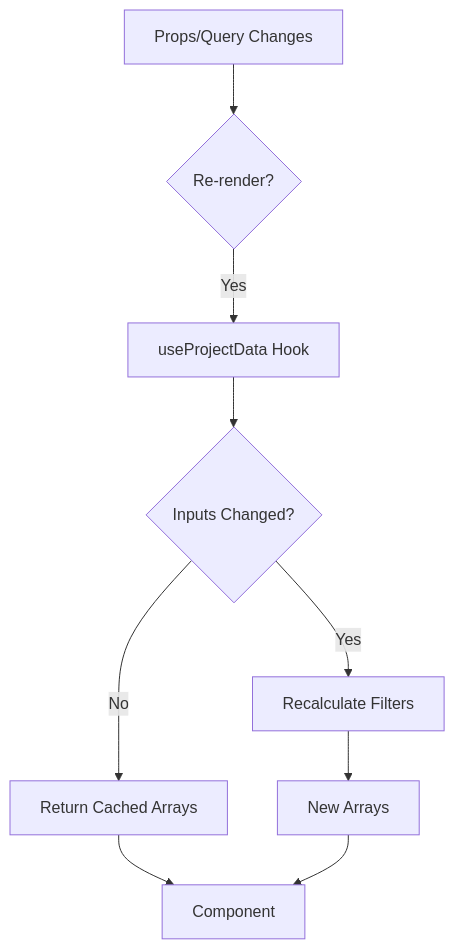
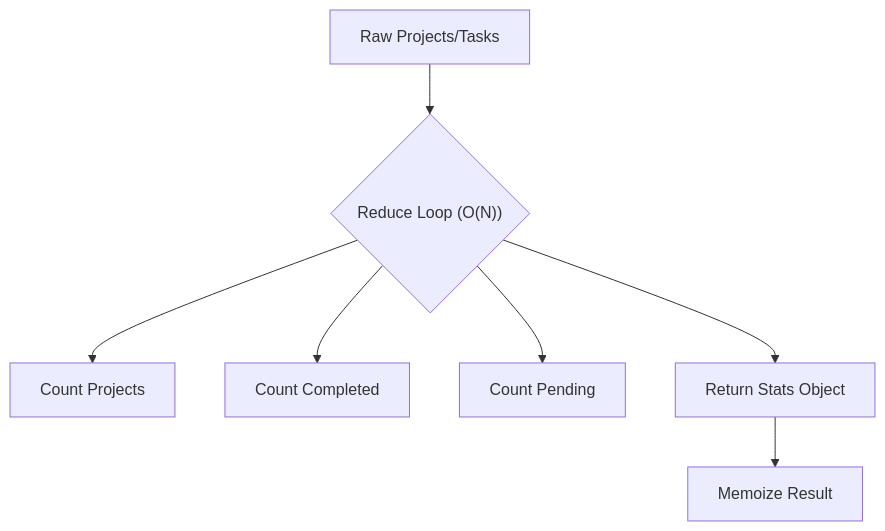
The third of 3 diagrams in PR_DESCRIPTION_DRAFT.md (JoelA510/PlanterPlan-Alpha), drawn with Mermaid before and after one commit. The commit also changed other lines of this file and 2 other files, not shown here.

Commit message:
fix(lint): resolve no-undef and conditional hook issues

````diff
--- a/PR_DESCRIPTION_DRAFT.md
+++ b/PR_DESCRIPTION_DRAFT.md
@@ -290,11 +87,9 @@
 ```mermaid
 flowchart TD
-    A[Props/Query Changes] --> B{Re-render?}
-    B -->|Yes| C[useProjectData Hook]
-    C --> D{Inputs Changed?}
-    D -- No --> E[Return Cached Arrays]
-    D -- Yes --> F[Recalculate Filters]
-    F --> G[New Arrays]
-    E --> H[Component]
-    G --> H
+    A[Raw Projects/Tasks] --> B{"Reduce Loop (O(N))"}
+    B --> C[Count Projects]
+    B --> D[Count Completed]
+    B --> E[Count Pending]
+    B --> F[Return Stats Object]
+    F --> G[Memoize Result]
 ```
````
